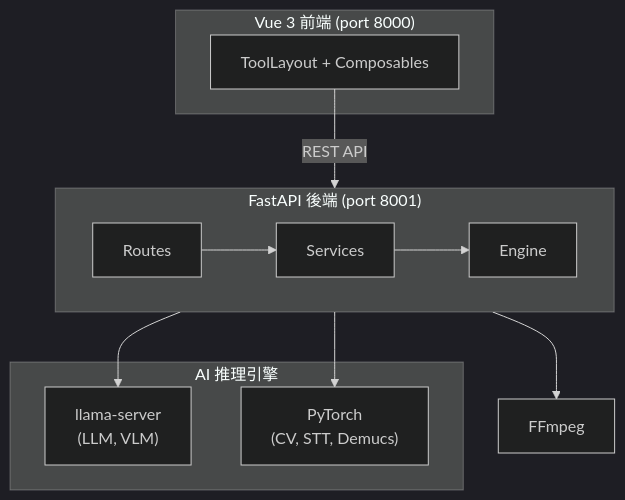
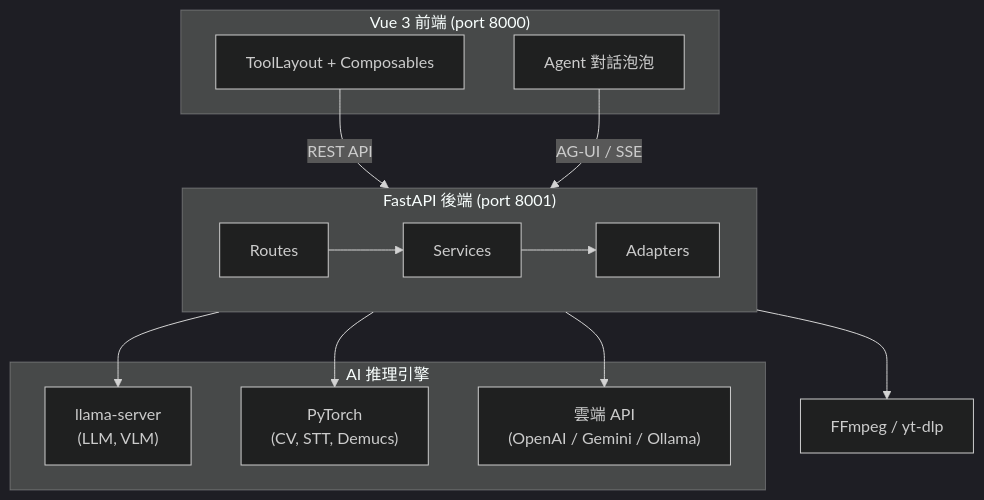
One commit to sw-willie-wu/MediaTranX changed the diagram in docs/README.zh-TW.md. Above: the diagram before and after it, drawn with Mermaid (dark theme). The commit also changed other lines of this file and 2 other files, not shown here.

````diff
--- a/docs/README.zh-TW.md
+++ b/docs/README.zh-TW.md
@@ -96,21 +117,25 @@
 ```mermaid
 graph TB
     subgraph Frontend["Vue 3 前端 (port 8000)"]
         UI["ToolLayout + Composables"]
+        Agent["Agent 對話泡泡"]
     end
 
     subgraph Backend["FastAPI 後端 (port 8001)"]
         direction LR
-        Routes["Routes"] --> Services --> Engine
+        Routes["Routes"] --> Services --> Adapters
     end
 
     subgraph AI["AI 推理引擎"]
         Llama["llama-server<br/>(LLM, VLM)"]
         PT["PyTorch<br/>(CV, STT, Demucs)"]
+        Cloud["雲端 API<br/>(OpenAI / Gemini / Ollama)"]
     end
 
     UI -->|"REST API"| Routes
-    Engine --> Llama
-    Engine --> PT
-    Engine --> FFmpeg["FFmpeg"]
+    Agent -->|"AG-UI / SSE"| Routes
+    Adapters --> Llama
+    Adapters --> PT
+    Adapters --> Cloud
+    Adapters --> FFmpeg["FFmpeg / yt-dlp"]
 ```
````
